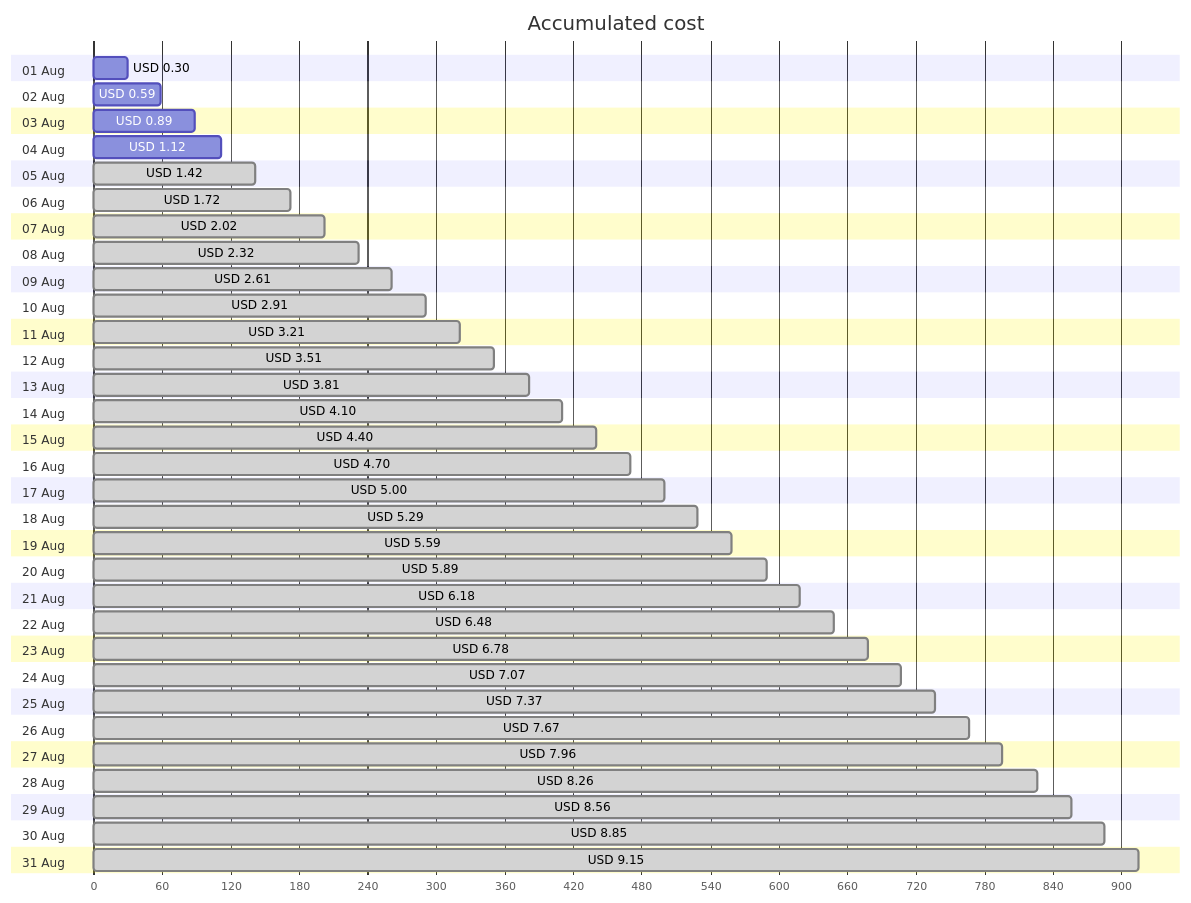
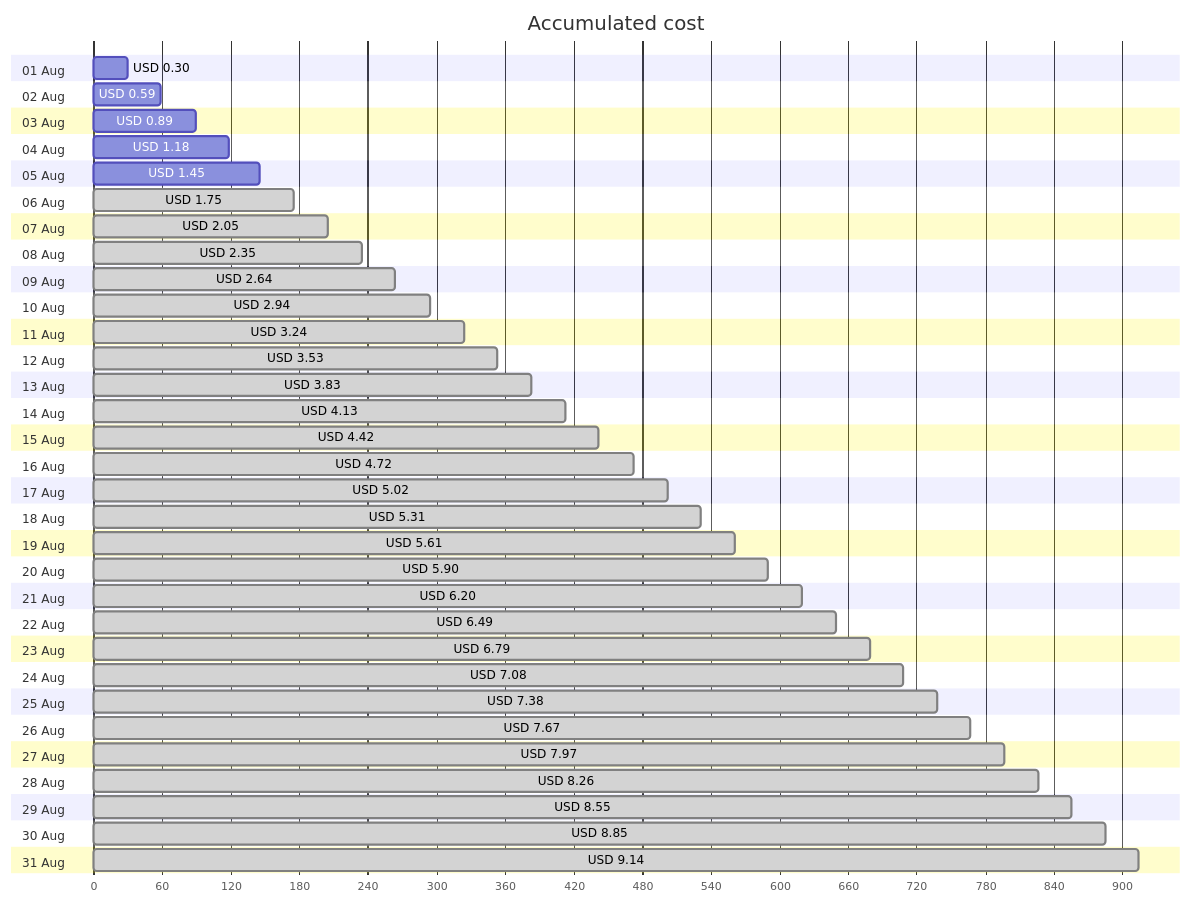
One commit to jpfulton/azure-personal-reports changed the first of 4 diagrams in cost-reports/personal-site/personal-site.md. Above: the diagram before and after it, drawn with Mermaid. The commit also changed other lines of this file and 6 other files, not shown here.

````diff
--- a/cost-reports/personal-site/personal-site.md
+++ b/cost-reports/personal-site/personal-site.md
@@ -20,68 +20,68 @@
 ```mermaid
 gantt
    title Accumulated cost
    dateFormat  X
    axisFormat %s
    section 01 Aug
    USD 0.30 :0, 30
    section 02 Aug
    USD 0.59 :0, 59
    section 03 Aug
    USD 0.89 :0, 89
    section 04 Aug
-   USD 1.12 :0, 112
+   USD 1.18 :0, 118
    section 05 Aug
-   USD 1.42 : done, 0, 142
+   USD 1.45 :0, 145
    section 06 Aug
-   USD 1.72 : done, 0, 172
+   USD 1.75 : done, 0, 175
    section 07 Aug
-   USD 2.02 : done, 0, 202
+   USD 2.05 : done, 0, 205
    section 08 Aug
-   USD 2.32 : done, 0, 232
+   USD 2.35 : done, 0, 235
    section 09 Aug
-   USD 2.61 : done, 0, 261
+   USD 2.64 : done, 0, 264
    section 10 Aug
-   USD 2.91 : done, 0, 291
+   USD 2.94 : done, 0, 294
    section 11 Aug
-   USD 3.21 : done, 0, 321
+   USD 3.24 : done, 0, 324
    section 12 Aug
-   USD 3.51 : done, 0, 351
+   USD 3.53 : done, 0, 353
    section 13 Aug
-   USD 3.81 : done, 0, 381
+   USD 3.83 : done, 0, 383
    section 14 Aug
-   USD 4.10 : done, 0, 410
+   USD 4.13 : done, 0, 413
    section 15 Aug
-   USD 4.40 : done, 0, 440
+   USD 4.42 : done, 0, 442
    section 16 Aug
-   USD 4.70 : done, 0, 470
+   USD 4.72 : done, 0, 472
    section 17 Aug
-   USD 5.00 : done, 0, 500
+   USD 5.02 : done, 0, 502
    section 18 Aug
-   USD 5.29 : done, 0, 529
+   USD 5.31 : done, 0, 531
    section 19 Aug
-   USD 5.59 : done, 0, 559
+   USD 5.61 : done, 0, 561
    section 20 Aug
-   USD 5.89 : done, 0, 589
+   USD 5.90 : done, 0, 590
    section 21 Aug
-   USD 6.18 : done, 0, 618
+   USD 6.20 : done, 0, 620
    section 22 Aug
-   USD 6.48 : done, 0, 648
+   USD 6.49 : done, 0, 649
    section 23 Aug
-   USD 6.78 : done, 0, 678
+   USD 6.79 : done, 0, 679
    section 24 Aug
-   USD 7.07 : done, 0, 707
+   USD 7.08 : done, 0, 708
    section 25 Aug
-   USD 7.37 : done, 0, 737
+   USD 7.38 : done, 0, 738
    section 26 Aug
    USD 7.67 : done, 0, 767
    section 27 Aug
-   USD 7.96 : done, 0, 796
+   USD 7.97 : done, 0, 797
    section 28 Aug
    USD 8.26 : done, 0, 826
    section 29 Aug
-   USD 8.56 : done, 0, 856
+   USD 8.55 : done, 0, 855
    section 30 Aug
    USD 8.85 : done, 0, 885
    section 31 Aug
-   USD 9.15 : done, 0, 915
+   USD 9.14 : done, 0, 914
 ```
````
